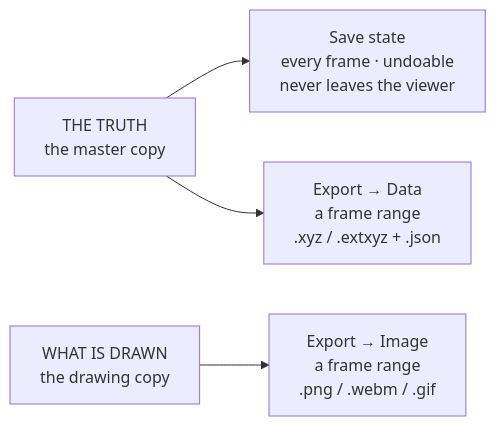
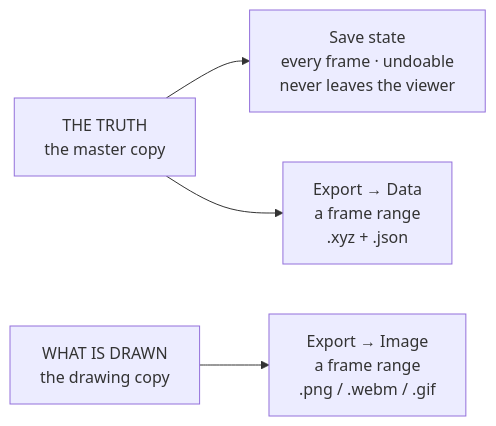
One commit to Qing-LAB/molbuilder changed the tenth of 10 diagrams in docs/web/molview.md. Above: the diagram before and after it, drawn with Mermaid. The commit also changed other lines of this file and 24 other files, not shown here.

````diff
--- a/docs/web/molview.md
+++ b/docs/web/molview.md
@@ -2400,11 +2400,11 @@
 ```mermaid
 flowchart LR
     T["THE TRUTH<br/>the master copy"]
     V["WHAT IS DRAWN<br/>the drawing copy"]
     S["Save state<br/>every frame · undoable<br/>never leaves the viewer"]
-    D["Export → Data<br/>a frame range<br/>.xyz / .extxyz + .json"]
+    D["Export → Data<br/>a frame range<br/>.xyz + .json"]
     P["Export → Image<br/>a frame range<br/>.png / .webm / .gif"]
     T --> S
     T --> D
     V --> P
 ```
````
